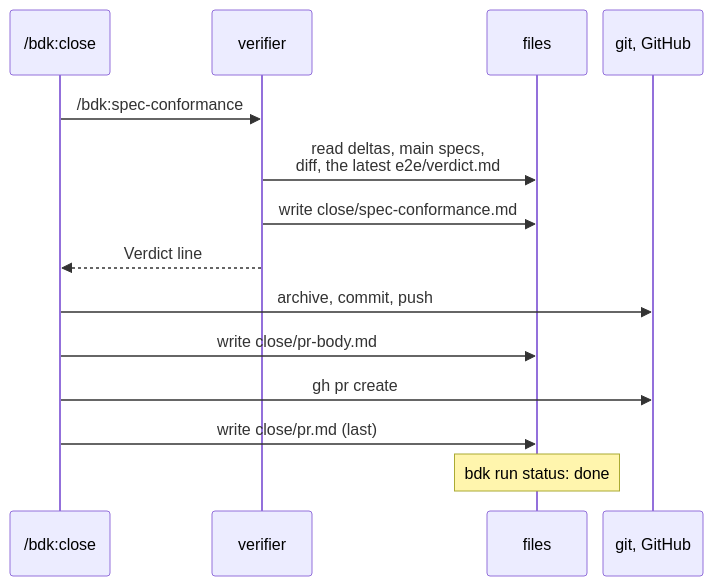
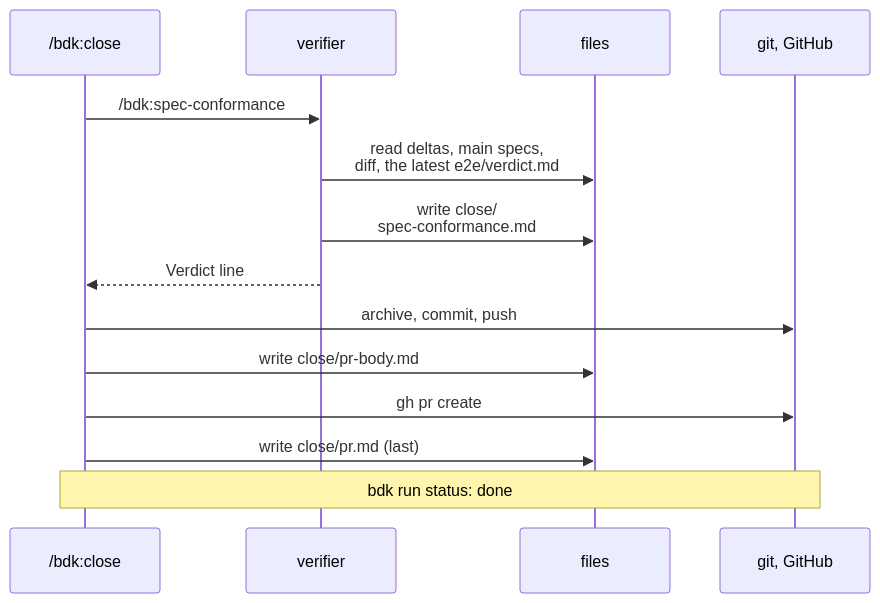
The fourth of 5 diagrams in docs/concepts/run-state.md (broneq/bdk), drawn with Mermaid before and after one commit. The commit also changed other lines of this file and 20 other files, not shown here.

First line of the commit message:
fix(docs): fit every diagram into the content column

````diff
--- a/docs/concepts/run-state.md
+++ b/docs/concepts/run-state.md
@@ -167,17 +161,16 @@
 ```mermaid
-%%{init: {"sequence": {"actorMargin": 16, "width": 100}}}%%
 sequenceDiagram
   participant CL as /bdk:close
   participant V as verifier
   participant FS as files
   participant G as git, GitHub
   CL->>V: /bdk:spec-conformance
   V->>FS: read deltas, main specs,<br/>diff, the latest e2e/verdict.md
-  V->>FS: write close/spec-conformance.md
+  V->>FS: write close/<br/>spec-conformance.md
   V-->>CL: Verdict line
   CL->>G: archive, commit, push
   CL->>FS: write close/pr-body.md
   CL->>G: gh pr create
   CL->>FS: write close/pr.md (last)
-  Note over FS: bdk run status: done
+  Note over CL,G: bdk run status: done
 ```
````
